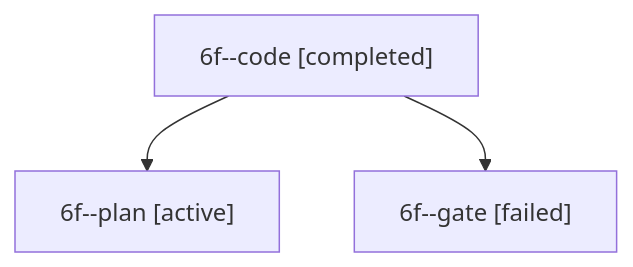
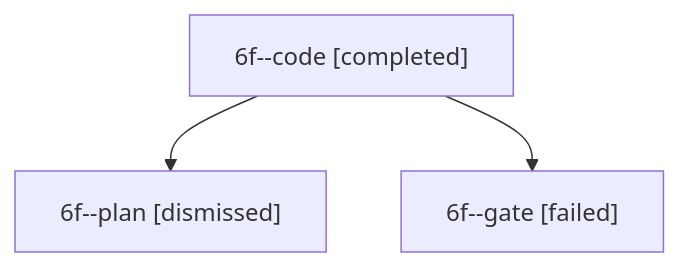
The diagram in sessions/bbugyi200.apollo.6f.md (sase-org/sase--agents), drawn with Mermaid before and after one commit. The commit also changed other lines of this file and 17 other files, not shown here.

````diff
--- a/sessions/bbugyi200.apollo.6f.md
+++ b/sessions/bbugyi200.apollo.6f.md
@@ -9,8 +9,8 @@
 ```mermaid
 flowchart TD
   n0["6f--code [completed]"]
-  n1["6f--plan [active]"]
+  n1["6f--plan [dismissed]"]
   n0 --> n1
   n2["6f--gate [failed]"]
   n0 --> n2
 ```
````
